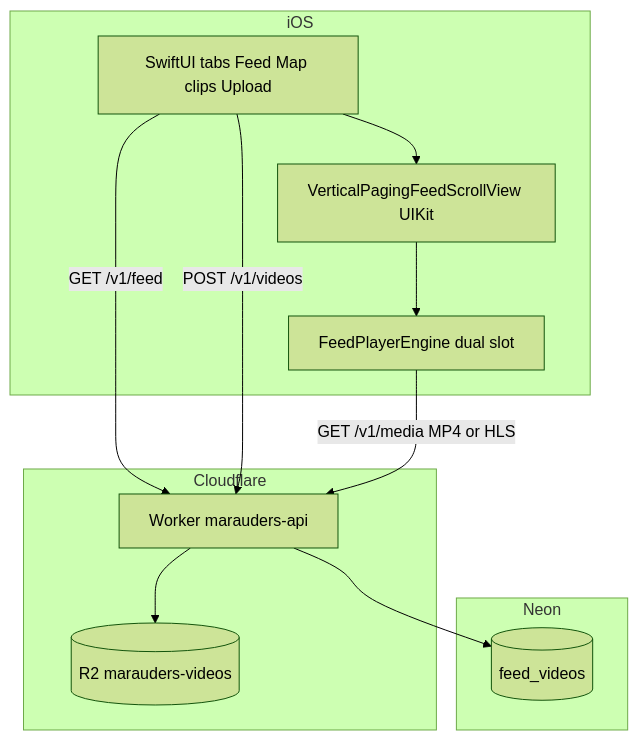
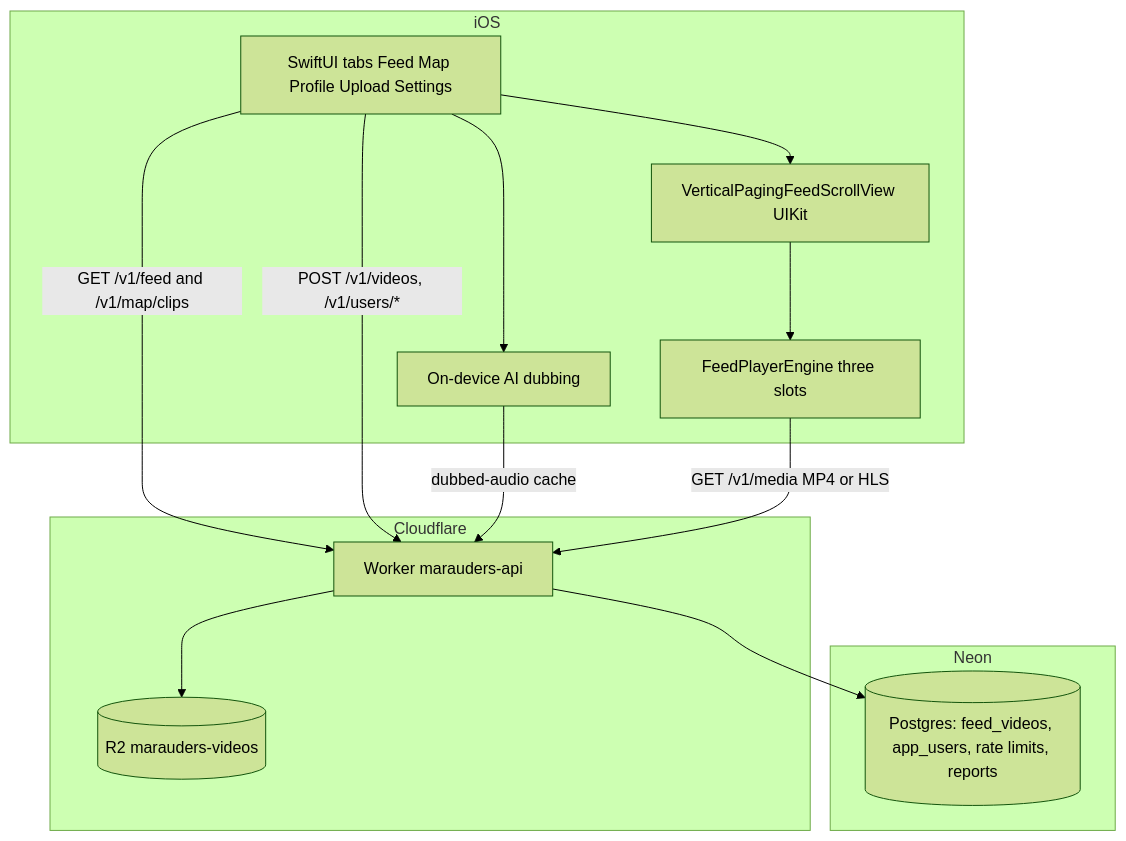
One commit to SomsakGitHub/Marauders changed the first of 7 diagrams in ARCHITECTURE.md. Above: the diagram before and after it, drawn with Mermaid (forest theme). The commit also changed other lines of this file and 1 other file, not shown here.

First line of the commit message:
Bring README and ARCHITECTURE in line with the code

````diff
--- a/ARCHITECTURE.md
+++ b/ARCHITECTURE.md
@@ -9,25 +9,28 @@
 ```mermaid
 flowchart TB
   subgraph ios [iOS]
-    UI[SwiftUI tabs Feed Map clips Upload]
+    UI[SwiftUI tabs Feed Map Profile Upload Settings]
     Paging[VerticalPagingFeedScrollView UIKit]
-    Engine[FeedPlayerEngine dual slot]
+    Engine[FeedPlayerEngine three slots]
+    Dub[On-device AI dubbing]
     UI --> Paging
     Paging --> Engine
+    UI --> Dub
   end
 
   subgraph cf [Cloudflare]
     API[Worker marauders-api]
     R2[(R2 marauders-videos)]
   end
 
   subgraph neon [Neon]
-    DB[(feed_videos)]
+    DB[(Postgres: feed_videos, app_users, rate limits, reports)]
   end
 
-  UI -->|GET /v1/feed| API
-  UI -->|POST /v1/videos| API
+  UI -->|GET /v1/feed and /v1/map/clips| API
+  UI -->|POST /v1/videos, /v1/users/*| API
+  Dub -->|dubbed-audio cache| API
   Engine -->|GET /v1/media MP4 or HLS| API
   API --> DB
   API --> R2
 ```
````
